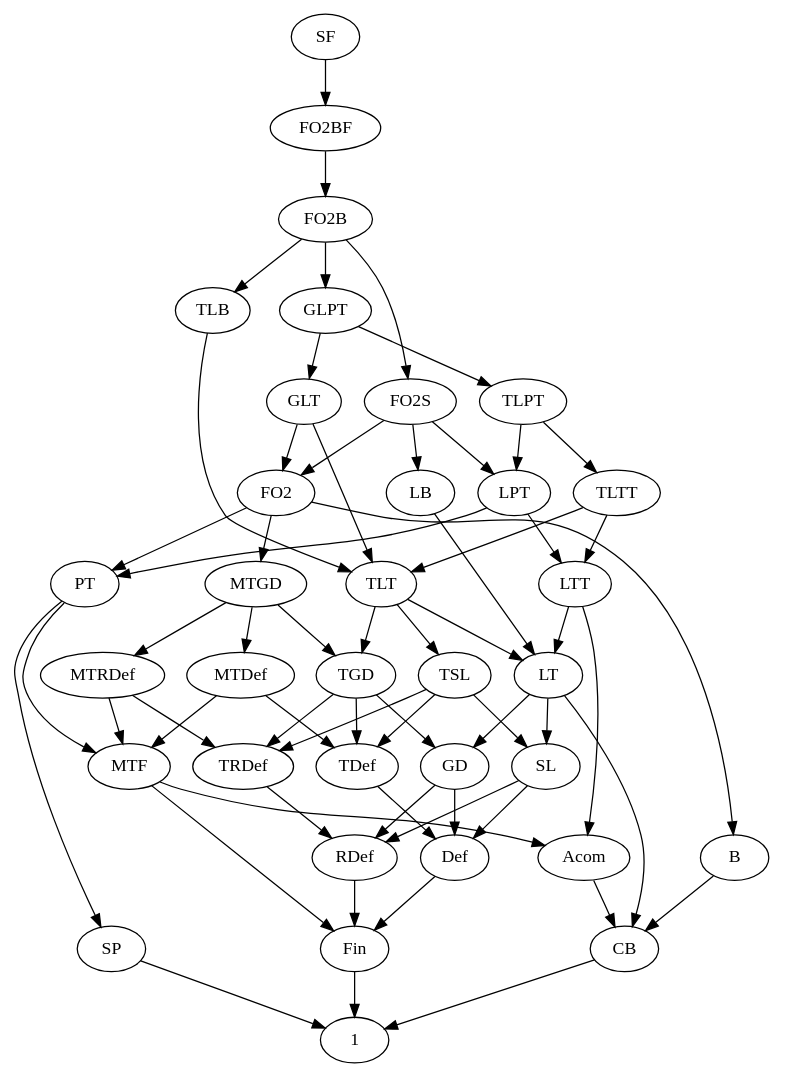
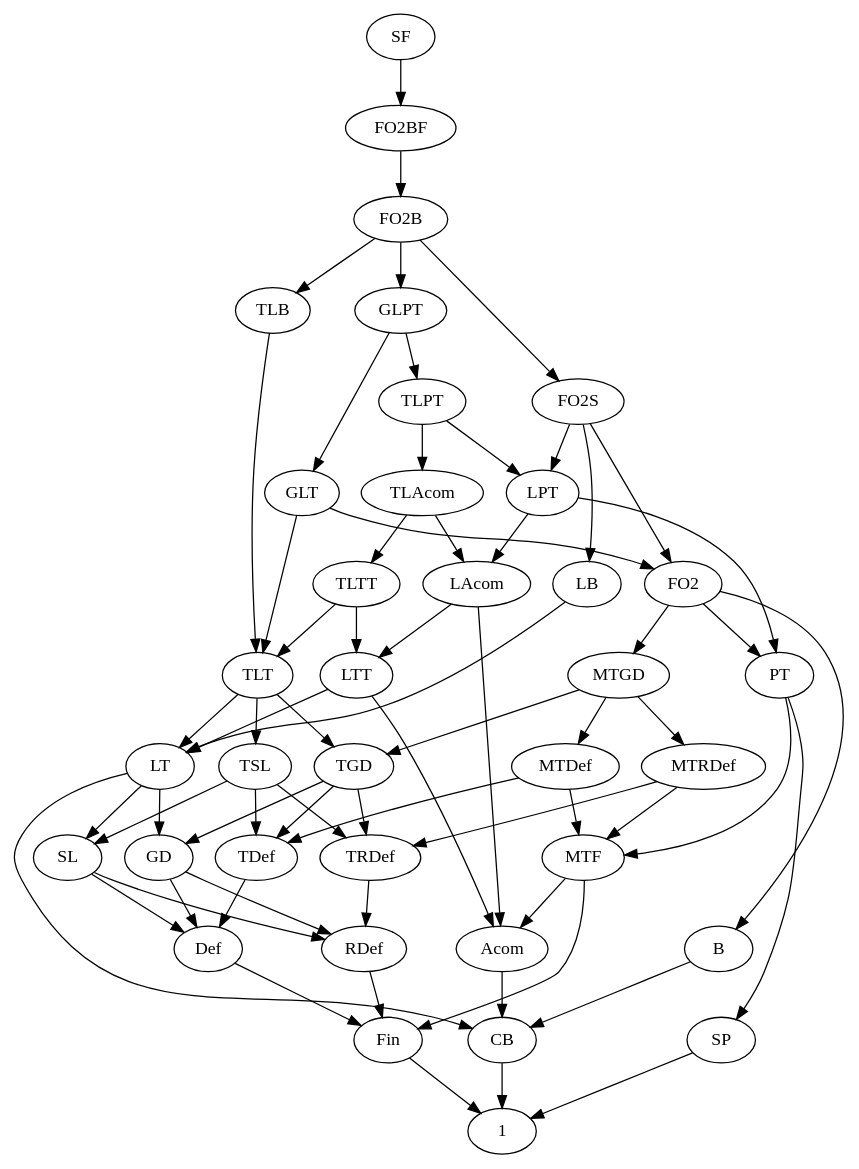
One commit to vvulpes0/Language-Toolkit-2 changed the diagram in hierarchy.dot. Above: the diagram before and after it, drawn with Graphviz. The commit also changed 11 other files, not shown here.

Commit message:
revert LTT test to an actual LTT test, separating LAcom

```diff
--- a/hierarchy.dot
+++ b/hierarchy.dot
@@ -1,64 +1,68 @@
 digraph subreg {
 SF -> FO2BF;
 FO2BF -> FO2B;
 FO2B -> FO2S;
 FO2S -> FO2;
 FO2 -> PT;
 FO2 -> B;
 B -> CB;
 PT -> SP;
+LAcom -> Acom;
+LAcom -> LTT;
 LTT -> LT;
 LT -> SL;
+TLAcom -> TLTT;
+TLAcom -> LAcom;
 TLTT -> LTT;
 TLTT -> TLT;
 TLT -> LT;
 TLT -> TSL;
 TSL -> SL;
 FO2B -> GLPT;
 FO2B -> TLB;
 TLB -> TLT;
 GLPT -> GLT;
 GLT -> TLT;
 GLT -> FO2;
 FO2S -> LPT;
 FO2S -> LB;
 LB -> LT;
-LPT -> LTT;
+LPT -> LAcom;
 LPT -> PT;
 GLPT -> TLPT;
-TLPT -> TLTT;
+TLPT -> TLAcom;
 TLPT -> LPT;
 TLT -> TGD;
 FO2 -> MTGD;
 LT -> GD;
 MTGD -> TGD;
 MTGD -> MTDef;
 MTGD -> MTRDef;
 MTDef -> MTF;
 MTDef -> TDef;
 MTRDef -> MTF;
 MTRDef -> TRDef;
 TGD -> GD;
 PT -> MTF;
 MTF -> Acom;
 LTT -> Acom;
 Acom -> CB;
 MTF -> Fin;
 LT -> CB;
 CB -> 1;
 Fin -> 1;
 SP -> 1;
 
 TGD -> TDef;
 TGD -> TRDef;
 GD -> Def;
 GD -> RDef;
 SL -> Def;
 SL -> RDef;
 Def -> Fin;
 RDef -> Fin;
 TSL -> TDef;
 TSL -> TRDef;
 TDef -> Def;
 TRDef -> RDef;
 }
```
